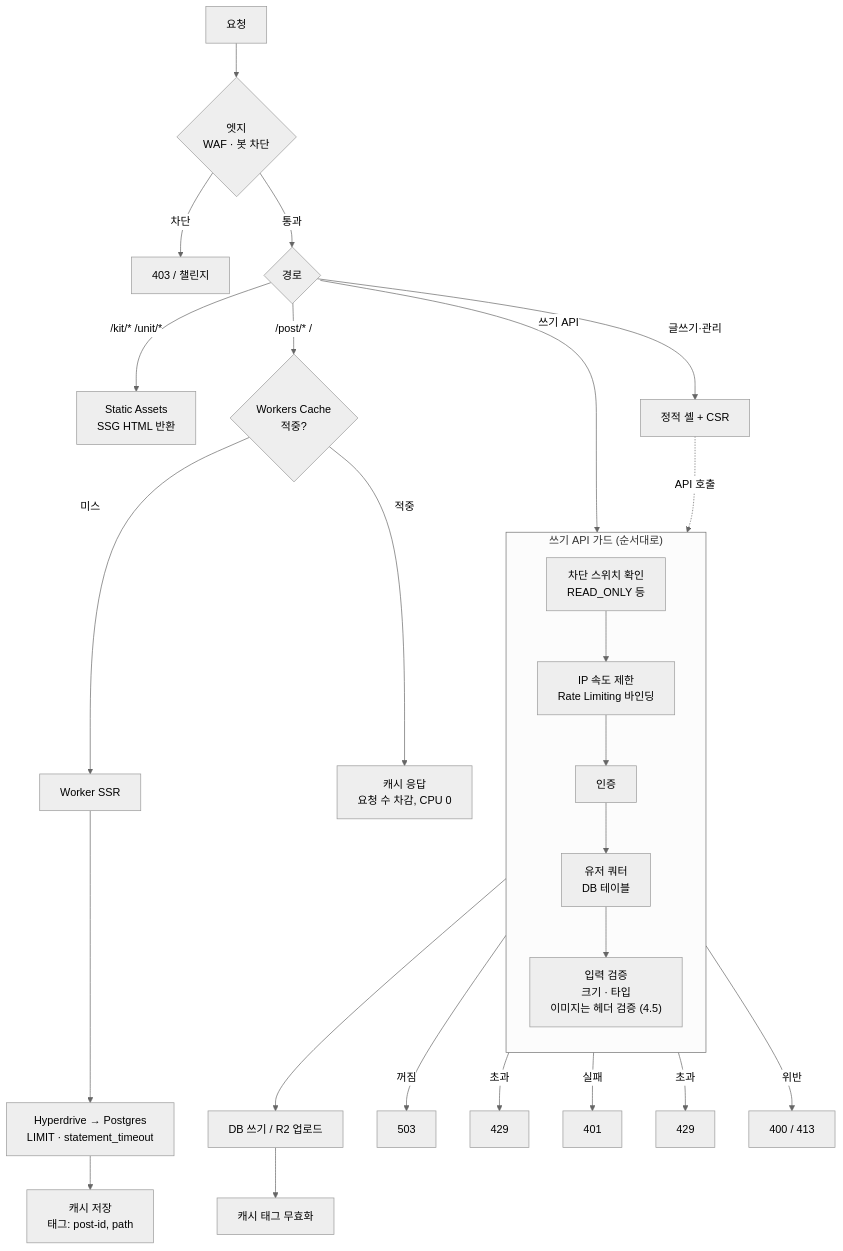
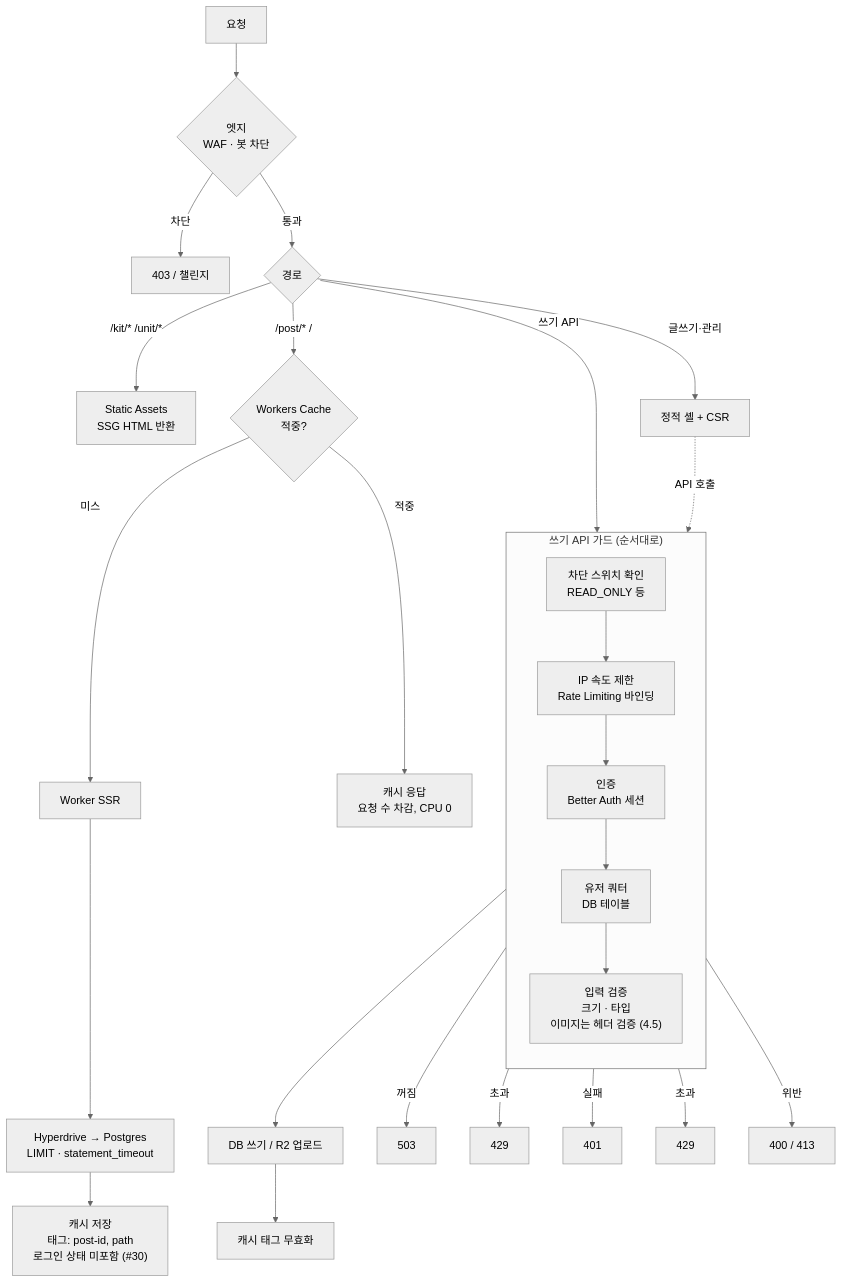
The second of 7 diagrams in docs/architecture/아키텍처_v1_2026-09-13.md (evanyun93/G-MOIM), drawn with Mermaid (neutral theme) before and after one commit. The commit also changed other lines of this file and 5 other files, not shown here.

First line of the commit message:
docs: 결정 #28~#30 인증은 Better Auth 직접 운영, 소셜 전용, 캐시 HTML 개인화 금지

````diff
--- a/docs/architecture/아키텍처_v1_2026-09-13.md
+++ b/docs/architecture/아키텍처_v1_2026-09-13.md
@@ -94,34 +98,34 @@
 ```mermaid
 flowchart TD
     REQ["요청"] --> EDGE{"엣지<br/>WAF · 봇 차단"}
     EDGE -->|차단| X1["403 / 챌린지"]
     EDGE -->|통과| KIND{"경로"}
 
     KIND -->|"/kit/* /unit/*"| SA["Static Assets<br/>SSG HTML 반환"]
     KIND -->|"/post/* /"| CACHE{"Workers Cache<br/>적중?"}
     KIND -->|"쓰기 API"| GUARD
     KIND -->|"글쓰기·관리"| CSR["정적 셸 + CSR"]
 
     CACHE -->|적중| HIT["캐시 응답<br/>요청 수 차감, CPU 0"]
     CACHE -->|미스| SSR["Worker SSR"]
     SSR --> Q1["Hyperdrive → Postgres<br/>LIMIT · statement_timeout"]
-    Q1 --> SET["캐시 저장<br/>태그: post-id, path"]
+    Q1 --> SET["캐시 저장<br/>태그: post-id, path<br/>로그인 상태 미포함 (#30)"]
 
     CSR -.->|API 호출| GUARD
 
     subgraph GUARD["쓰기 API 가드 (순서대로)"]
         direction TB
         G1["차단 스위치 확인<br/>READ_ONLY 등"] --> G2["IP 속도 제한<br/>Rate Limiting 바인딩"]
-        G2 --> G3["인증"] --> G4["유저 쿼터<br/>DB 테이블"]
+        G2 --> G3["인증<br/>Better Auth 세션"] --> G4["유저 쿼터<br/>DB 테이블"]
         G4 --> G5["입력 검증<br/>크기 · 타입<br/>이미지는 헤더 검증 (4.5)"]
     end
 
     G5 --> WRITE["DB 쓰기 / R2 업로드"]
     WRITE --> PURGE["캐시 태그 무효화"]
 
     G1 -->|꺼짐| X2["503"]
     G2 -->|초과| X3["429"]
     G3 -->|실패| X4["401"]
     G4 -->|초과| X5["429"]
     G5 -->|위반| X6["400 / 413"]
 ```
````
